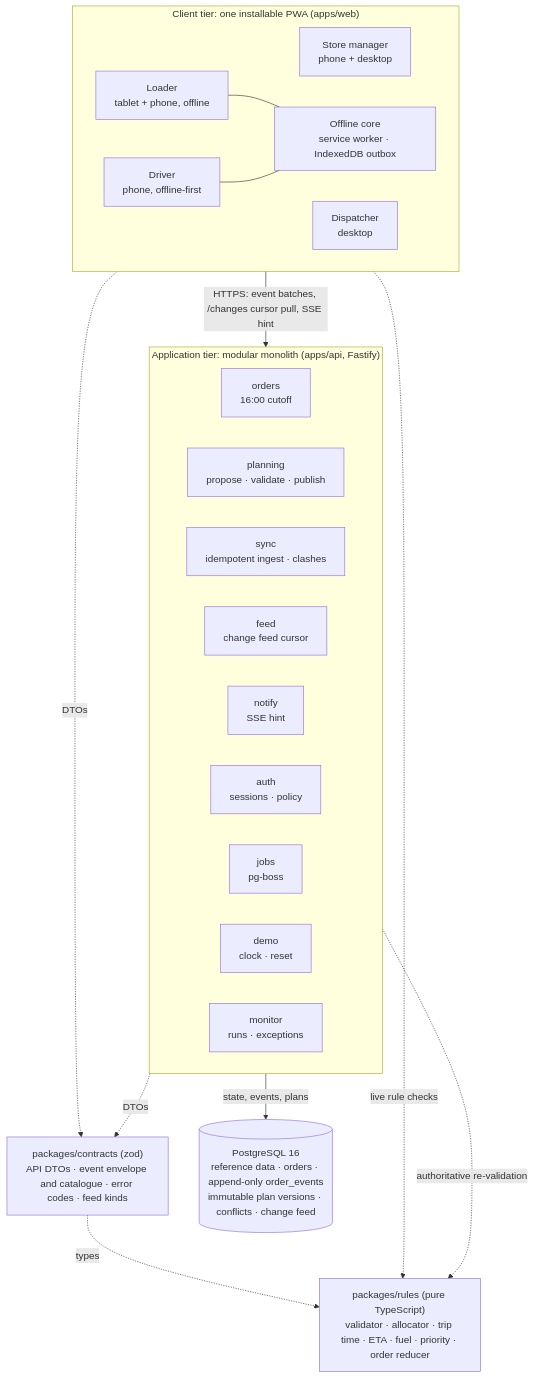
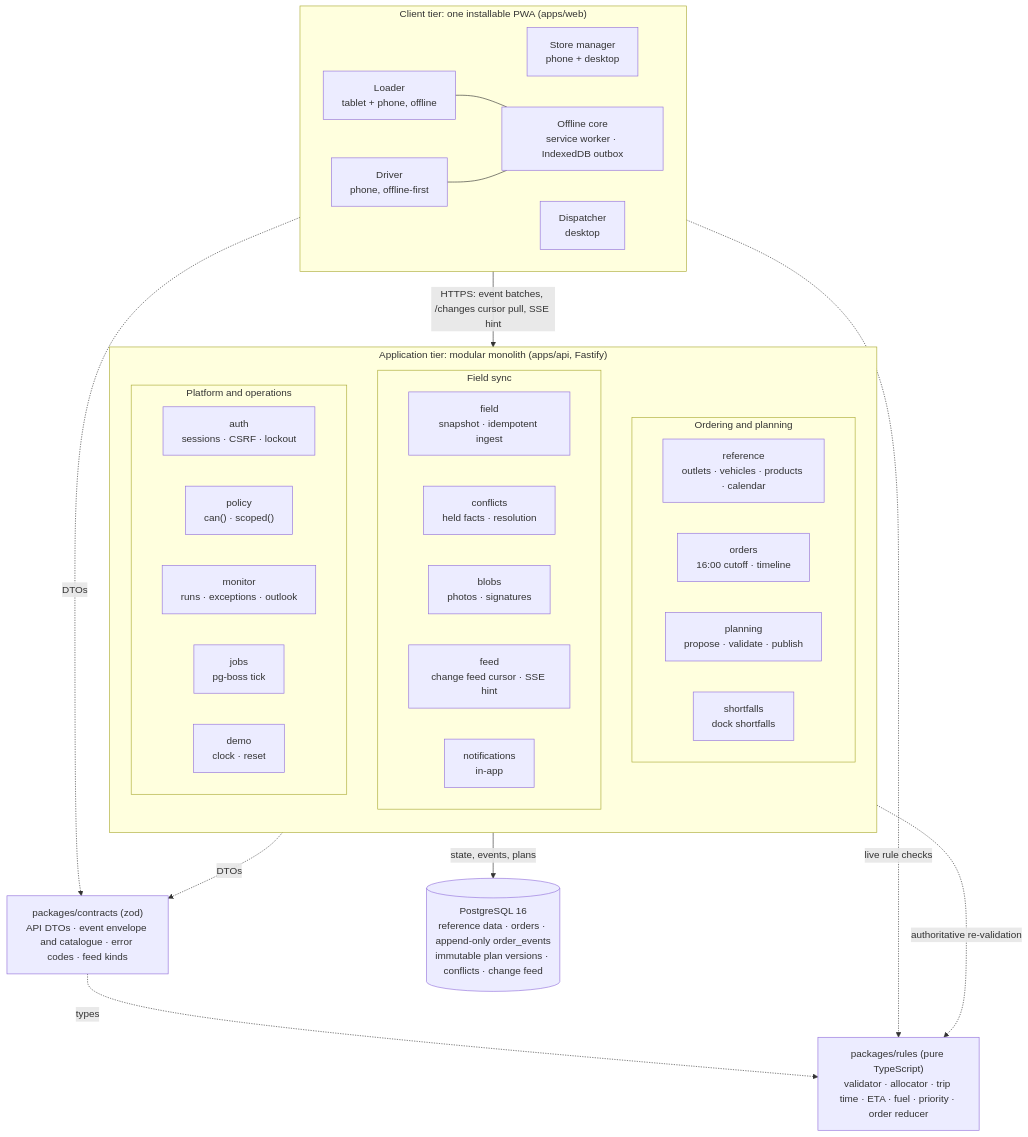
One commit to HellFireInfernoStorm/GreatSupineProtoplasmicInvertebrateJellies_NextDrop changed the diagram in docs/architecture.md. Above: the diagram before and after it, drawn with Mermaid. The commit also changed other lines of this file and 2 other files, not shown here.

Commit message:
Refresh the architecture and data model docs (#177) (#178)
The diagram now lists the 14 real API modules, the public host is
named, the build status table matches main at 8d49e6b, and the units
convention matches the schema (Decimal reference units, integer order
totals).

````diff
--- a/docs/architecture.md
+++ b/docs/architecture.md
@@ -7,39 +7,53 @@
 ```mermaid
 flowchart TB
   subgraph Client["Client tier: one installable PWA (apps/web)"]
     direction LR
     Store["Store manager<br/>phone + desktop"]
     Disp["Dispatcher<br/>desktop"]
     Load["Loader<br/>tablet + phone, offline"]
     Drv["Driver<br/>phone, offline-first"]
     Offline["Offline core<br/>service worker · IndexedDB outbox"]
     Load --- Offline
     Drv --- Offline
   end
 
   subgraph App["Application tier: modular monolith (apps/api, Fastify)"]
-    direction LR
-    Orders["orders<br/>16:00 cutoff"]
-    Planning["planning<br/>propose · validate · publish"]
-    Sync["sync<br/>idempotent ingest · clashes"]
-    Feed["feed<br/>change feed cursor"]
-    Notify["notify<br/>SSE hint"]
-    Auth["auth<br/>sessions · policy"]
-    Jobs["jobs<br/>pg-boss"]
-    Demo["demo<br/>clock · reset"]
-    Monitor["monitor<br/>runs · exceptions"]
+    direction TB
+    subgraph Ordering["Ordering and planning"]
+      direction LR
+      Reference["reference<br/>outlets · vehicles · products · calendar"]
+      Orders["orders<br/>16:00 cutoff · timeline"]
+      Planning["planning<br/>propose · validate · publish"]
+      Shortfalls["shortfalls<br/>dock shortfalls"]
+    end
+    subgraph Field["Field sync"]
+      direction LR
+      FieldMod["field<br/>snapshot · idempotent ingest"]
+      Conflicts["conflicts<br/>held facts · resolution"]
+      Blobs["blobs<br/>photos · signatures"]
+      Feed["feed<br/>change feed cursor · SSE hint"]
+      Notifications["notifications<br/>in-app"]
+    end
+    subgraph Platform["Platform and operations"]
+      direction LR
+      Auth["auth<br/>sessions · CSRF · lockout"]
+      Policy["policy<br/>can() · scoped()"]
+      Monitor["monitor<br/>runs · exceptions · outlook"]
+      Jobs["jobs<br/>pg-boss tick"]
+      Demo["demo<br/>clock · reset"]
+    end
   end
 
   Rules["packages/rules (pure TypeScript)<br/>validator · allocator · trip time · ETA · fuel · priority · order reducer"]
   Contracts["packages/contracts (zod)<br/>API DTOs · event envelope and catalogue · error codes · feed kinds"]
 
   DB[("PostgreSQL 16<br/>reference data · orders · append-only order_events<br/>immutable plan versions · conflicts · change feed")]
 
   Client -- "HTTPS: event batches, /changes cursor pull, SSE hint" --> App
   App -- "state, events, plans" --> DB
   Client -. "live rule checks" .-> Rules
   App -. "authoritative re-validation" .-> Rules
   Client -. DTOs .-> Contracts
   App -. DTOs .-> Contracts
   Contracts -. types .-> Rules
 ```
````
